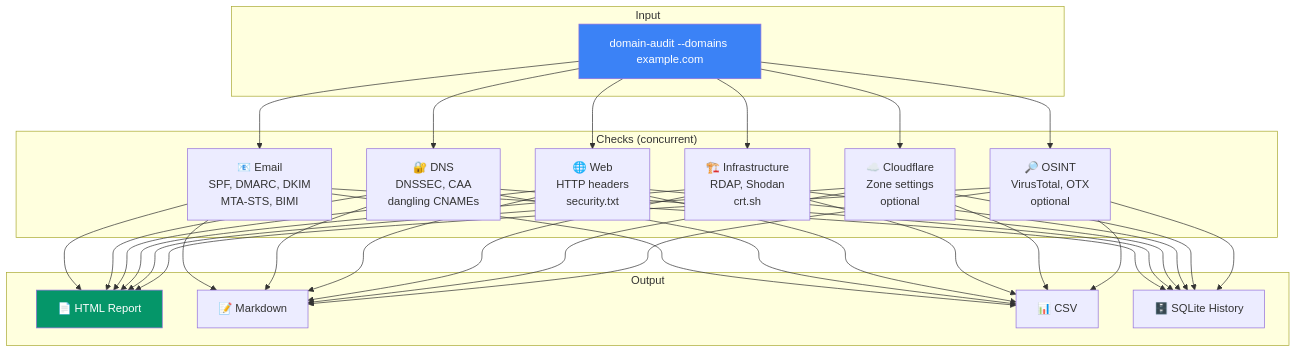
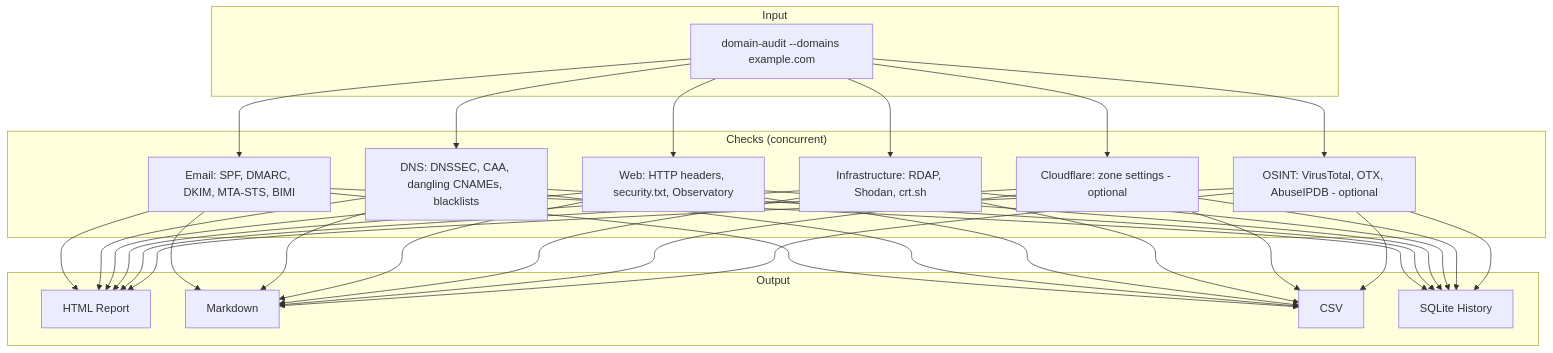
Before and after one commit to wblv-dev/domain-security-toolkit: the first of 2 diagrams in README.md, drawn with Mermaid. The commit also changed other lines of this file, not shown here.

First line of the commit message:
Clean up README: professional tone, no unnecessary diagrams

````diff
--- a/README.md
+++ b/README.md
@@ -198,28 +187,25 @@
 ```mermaid
 flowchart TB
     subgraph Input
         A[domain-audit --domains example.com]
     end
 
     subgraph "Checks (concurrent)"
-        B[📧 Email<br/>SPF, DMARC, DKIM<br/>MTA-STS, BIMI]
-        C[🔐 DNS<br/>DNSSEC, CAA<br/>dangling CNAMEs]
-        D[🌐 Web<br/>HTTP headers<br/>security.txt]
-        E[🏗️ Infrastructure<br/>RDAP, Shodan<br/>crt.sh]
-        F[☁️ Cloudflare<br/>Zone settings<br/>optional]
-        G[🔎 OSINT<br/>VirusTotal, OTX<br/>optional]
+        B[Email: SPF, DMARC, DKIM, MTA-STS, BIMI]
+        C[DNS: DNSSEC, CAA, dangling CNAMEs, blacklists]
+        D[Web: HTTP headers, security.txt, Observatory]
+        E[Infrastructure: RDAP, Shodan, crt.sh]
+        F[Cloudflare: zone settings - optional]
+        G[OSINT: VirusTotal, OTX, AbuseIPDB - optional]
     end
 
     subgraph Output
-        H[📄 HTML Report]
-        I[📝 Markdown]
-        J[📊 CSV]
-        K[🗄️ SQLite History]
+        H[HTML Report]
+        I[Markdown]
+        J[CSV]
+        K[SQLite History]
     end
 
     A --> B & C & D & E & F & G
     B & C & D & E & F & G --> H & I & J & K
-
-    style A fill:#3b82f6,color:#fff
-    style H fill:#059669,color:#fff
 ```
````
